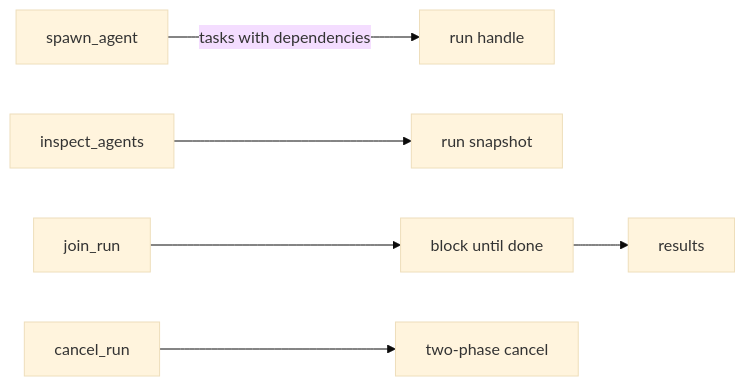
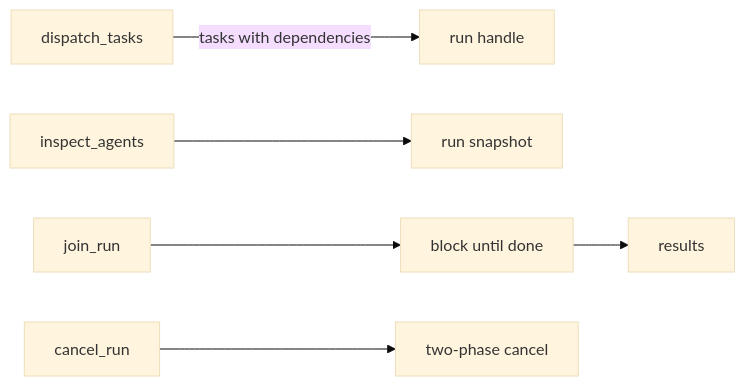
Before and after one commit to MiviaLabs/mivia-agent: the diagram in docs/product/agent.md, drawn with Mermaid (base theme). The commit also changed other lines of this file and 8 other files, not shown here.

First line of the commit message:
docs(agent): document unified dispatch_tasks tool surface

````diff
--- a/docs/product/agent.md
+++ b/docs/product/agent.md
@@ -155,8 +155,8 @@
 ```mermaid
 flowchart LR
-    spawn_agent -->|"tasks with dependencies"| run_handle["run handle"]
+    dispatch_tasks -->|"tasks with dependencies"| run_handle["run handle"]
     inspect_agents --> run_snapshot["run snapshot"]
     join_run --> block_until["block until done"]
     block_until --> results["results"]
     cancel_run --> two_phase["two-phase cancel"]
 ```
````
